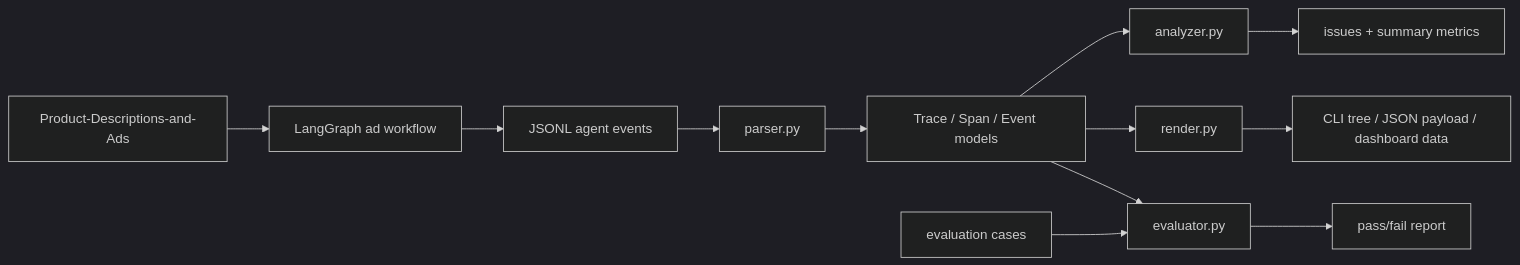
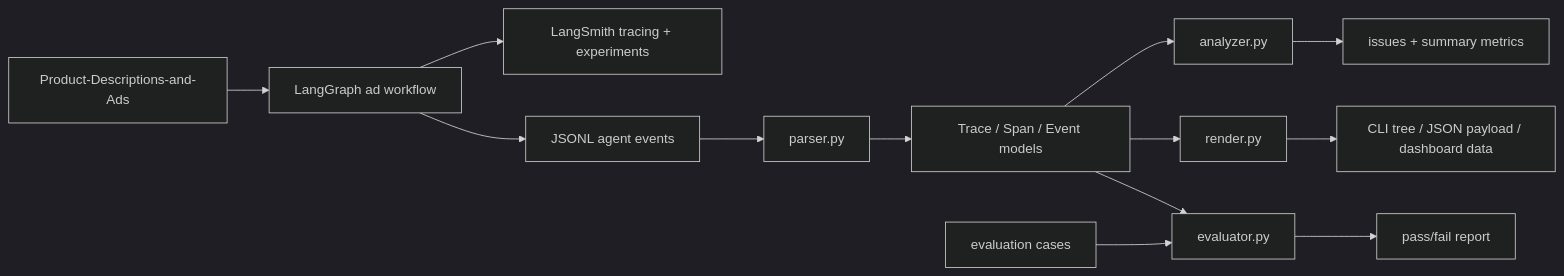
One commit to SpiegelSpike02/agent-trace-tool changed the diagram in docs/architecture.md. Above: the diagram before and after it, drawn with Mermaid (dark theme). The commit also changed other lines of this file and 5 other files, not shown here.

Commit message:
Add LangSmith experiment path

````diff
--- a/docs/architecture.md
+++ b/docs/architecture.md
@@ -22,14 +24,15 @@
 ```mermaid
 flowchart LR
-    A["JSONL agent events"] --> B["parser.py"]
+    K["LangGraph ad workflow"] --> M["LangSmith tracing + experiments"]
+    L["Product-Descriptions-and-Ads"] --> K
+    K --> A["JSONL agent events"]
+    A --> B["parser.py"]
     B --> C["Trace / Span / Event models"]
     C --> D["analyzer.py"]
     D --> E["issues + summary metrics"]
     C --> F["render.py"]
     F --> G["CLI tree / JSON payload / dashboard data"]
     C --> H["evaluator.py"]
     I["evaluation cases"] --> H
     H --> J["pass/fail report"]
-    K["LangGraph ad workflow"] --> A
-    L["Product-Descriptions-and-Ads"] --> K
 ```
````
